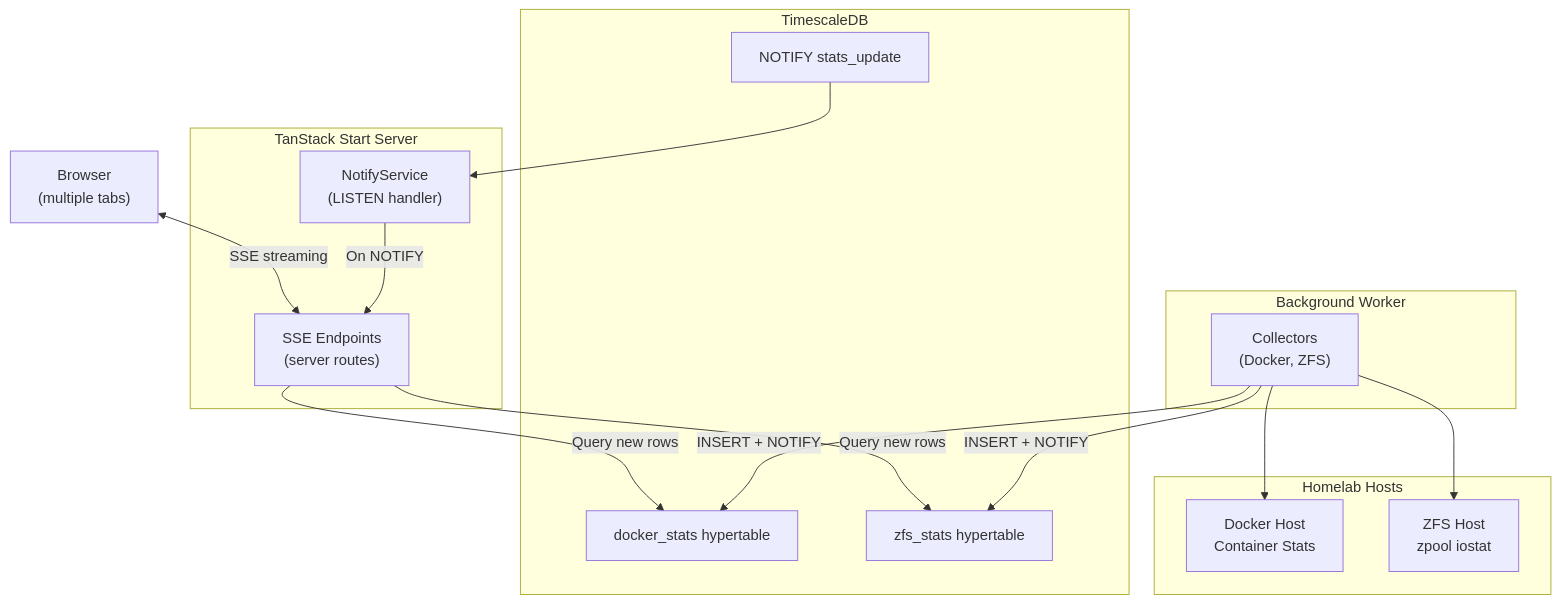
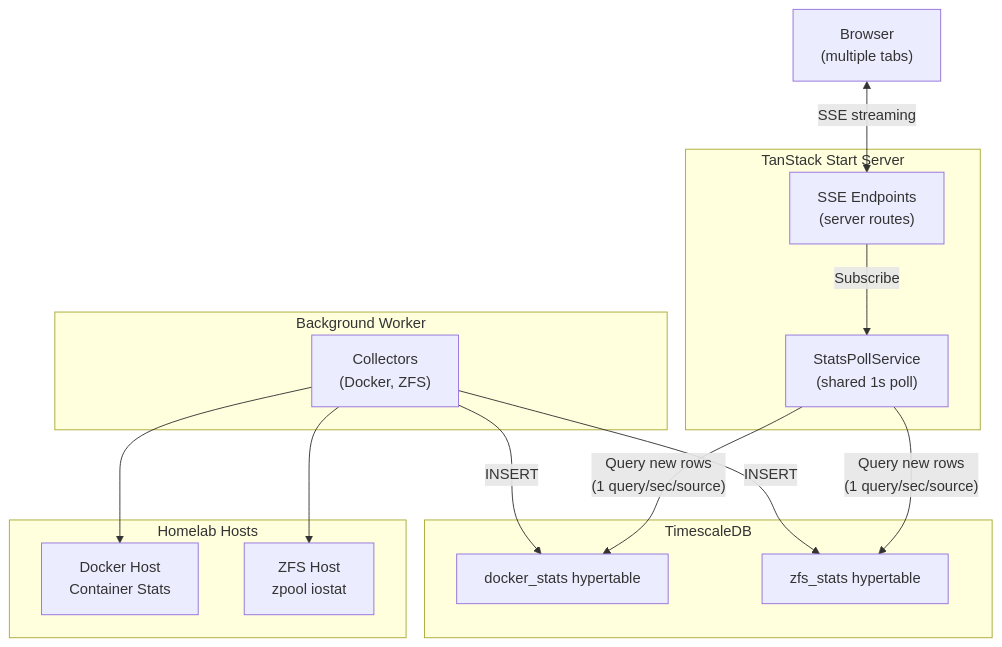
One commit to jaredglaser/homelab-manager changed the first of 3 diagrams in README.md. Above: the diagram before and after it, drawn with Mermaid. The commit also changed other lines of this file and 19 other files, not shown here.

First line of the commit message:
Replace NOTIFY-driven SSE with shared poll broadcast service (#17)

````diff
--- a/README.md
+++ b/README.md
@@ -48,34 +48,32 @@
 ```mermaid
 graph TD
     Browser["Browser<br/>(multiple tabs)"]
 
     subgraph TanStack_Start["TanStack Start Server"]
         SSE["SSE Endpoints<br/>(server routes)"]
-        NotifySvc["NotifyService<br/>(LISTEN handler)"]
+        PollSvc["StatsPollService<br/>(shared 1s poll)"]
     end
 
     subgraph Database["TimescaleDB"]
         DockerTable["docker_stats hypertable"]
         ZFSTable["zfs_stats hypertable"]
-        Notify["NOTIFY stats_update"]
     end
 
     subgraph Worker["Background Worker"]
         Collectors["Collectors<br/>(Docker, ZFS)"]
     end
 
     subgraph Hosts["Homelab Hosts"]
         DockerHost["Docker Host<br/>Container Stats"]
         ZFSHost["ZFS Host<br/>zpool iostat"]
     end
 
     Browser <-->|"SSE streaming"| SSE
-    SSE -->|"Query new rows"| DockerTable
-    SSE -->|"Query new rows"| ZFSTable
-    NotifySvc -->|"On NOTIFY"| SSE
-    Notify --> NotifySvc
-    Collectors -->|"INSERT + NOTIFY"| DockerTable
-    Collectors -->|"INSERT + NOTIFY"| ZFSTable
+    SSE -->|"Subscribe"| PollSvc
+    PollSvc -->|"Query new rows<br/>(1 query/sec/source)"| DockerTable
+    PollSvc -->|"Query new rows<br/>(1 query/sec/source)"| ZFSTable
+    Collectors -->|"INSERT"| DockerTable
+    Collectors -->|"INSERT"| ZFSTable
     Collectors --> DockerHost
     Collectors --> ZFSHost
 ```
````
